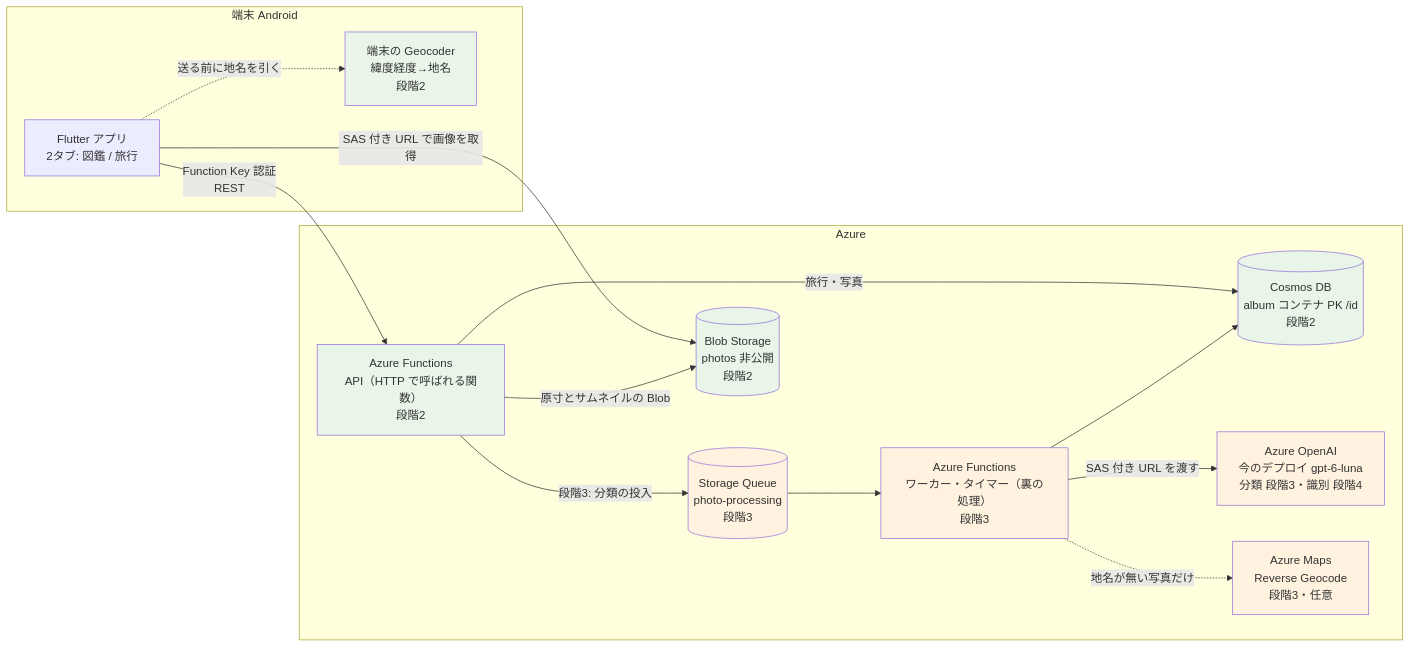
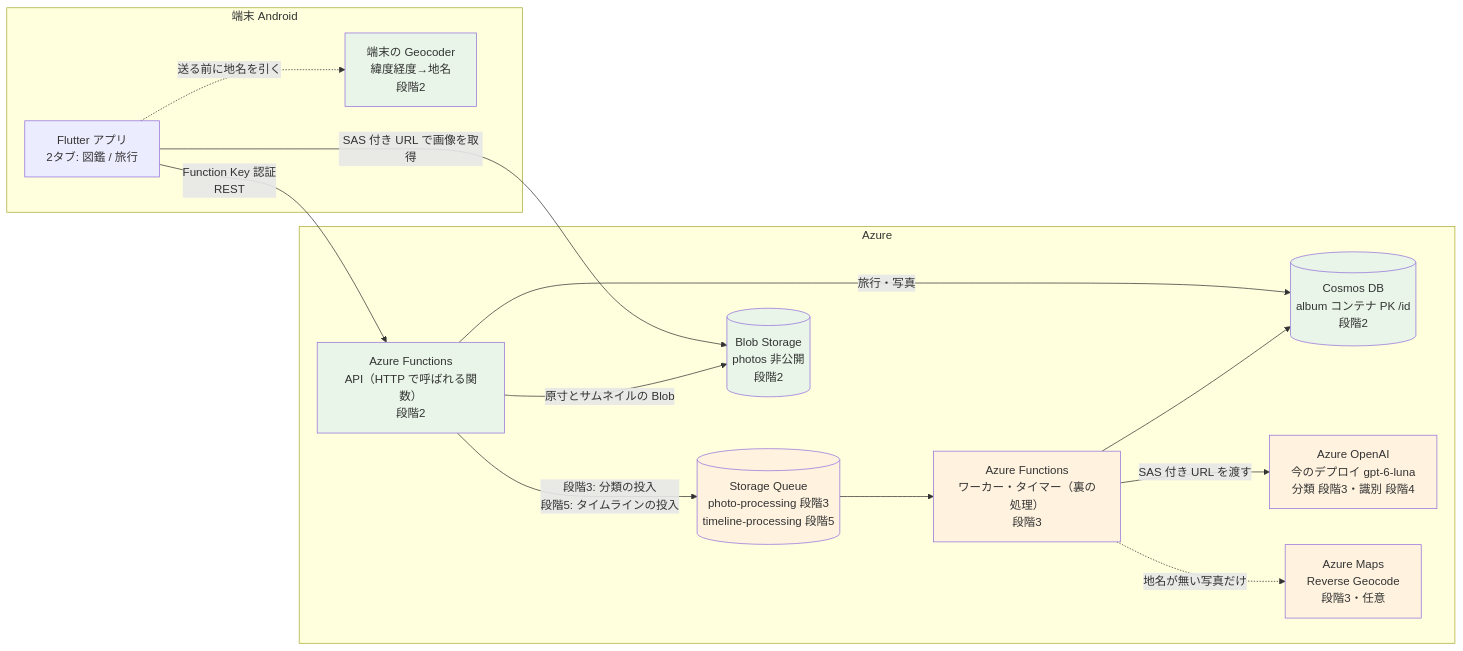
Before and after one commit to nmasashi/snaplant: the diagram in docs/travel-album/02_design_overview.md, drawn with Mermaid. The commit also changed other lines of this file and 8 other files, not shown here.

````diff
--- a/docs/travel-album/02_design_overview.md
+++ b/docs/travel-album/02_design_overview.md
@@ -54,33 +54,33 @@
 ```mermaid
 flowchart LR
     subgraph Device[端末 Android]
         App[Flutter アプリ<br/>2タブ: 図鑑 / 旅行]
         Geo[端末の Geocoder<br/>緯度経度→地名<br/>段階2]
     end
 
     subgraph Azure
         Http[Azure Functions<br/>API（HTTP で呼ばれる関数）<br/>段階2]
         Worker[Azure Functions<br/>ワーカー・タイマー（裏の処理）<br/>段階3]
-        Queue[(Storage Queue<br/>photo-processing<br/>段階3)]
+        Queue[(Storage Queue<br/>photo-processing 段階3<br/>timeline-processing 段階5)]
         Blob[(Blob Storage<br/>photos 非公開<br/>段階2)]
         Cosmos[(Cosmos DB<br/>album コンテナ PK /id<br/>段階2)]
         AOAI[Azure OpenAI<br/>今のデプロイ gpt-6-luna<br/>分類 段階3・識別 段階4]
         Maps[Azure Maps<br/>Reverse Geocode<br/>段階3・任意]
     end
 
     App -->|Function Key 認証<br/>REST| Http
     App -.->|送る前に地名を引く| Geo
     App -->|SAS 付き URL で画像を取得| Blob
     Http -->|旅行・写真| Cosmos
     Http -->|原寸とサムネイルの Blob| Blob
-    Http -->|段階3: 分類の投入| Queue
+    Http -->|段階3: 分類の投入<br/>段階5: タイムラインの投入| Queue
     Queue --> Worker
     Worker --> Cosmos
     Worker -->|SAS 付き URL を渡す| AOAI
     Worker -.->|地名が無い写真だけ| Maps
 
     classDef s2 fill:#e8f5e8
     classDef s3 fill:#fff3e0
     class Http,Blob,Cosmos,Geo s2
     class Worker,Queue,AOAI,Maps s3
 ```
````
